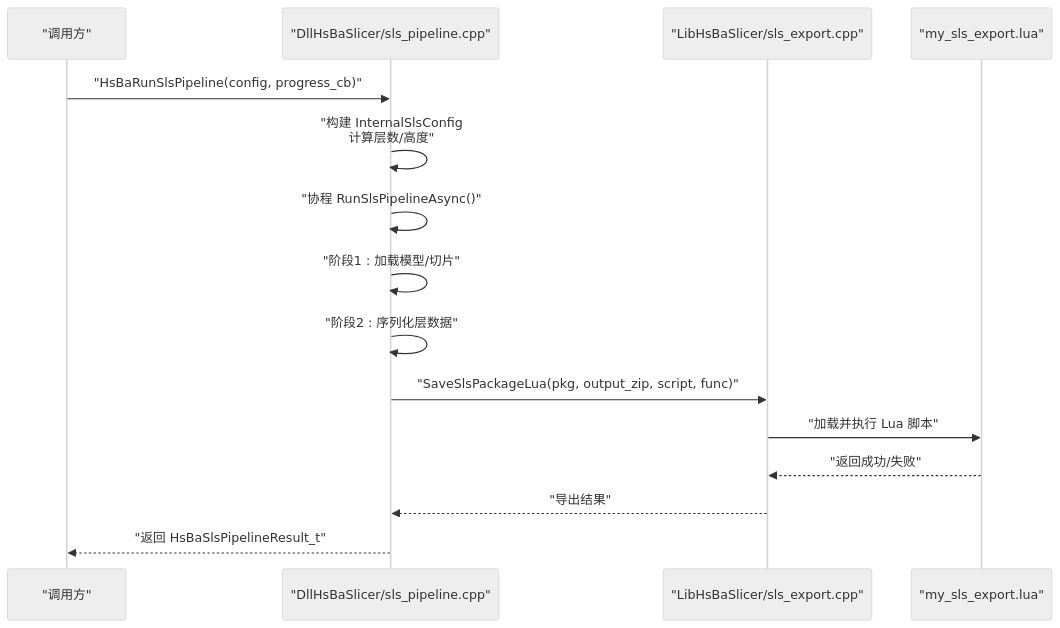
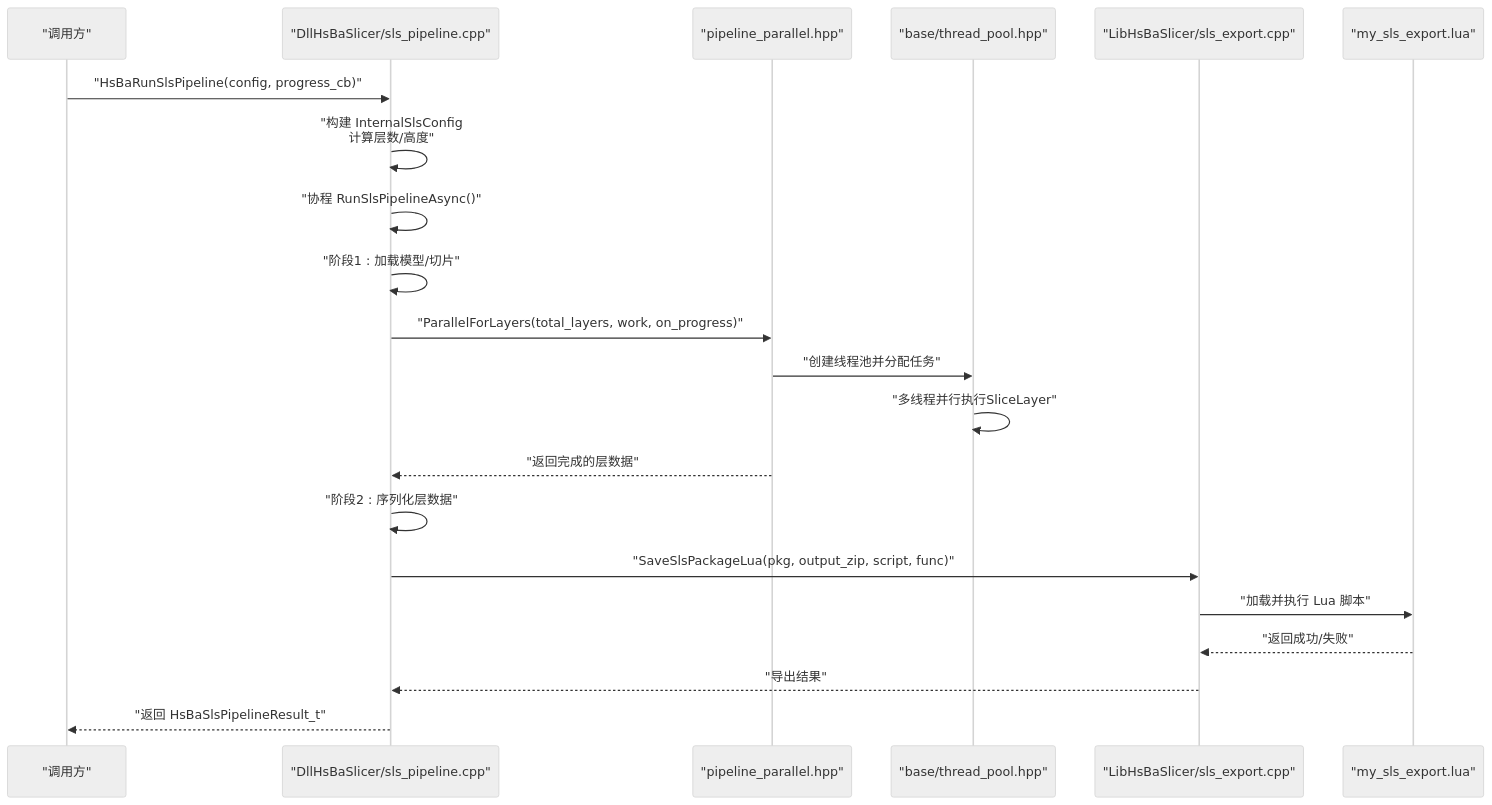
One commit to hsmbanlance/HsBaSlicer changed the second of 7 diagrams in .qoder/repowiki/zh/content/核心模块详解/SLS选择性激光烧结流水线.md. Above: the diagram before and after it, drawn with Mermaid (neutral theme). The commit also changed other lines of this file and 20 other files, not shown here.

````diff
--- a/.qoder/repowiki/zh/content/核心模块详解/SLS选择性激光烧结流水线.md
+++ b/.qoder/repowiki/zh/content/核心模块详解/SLS选择性激光烧结流水线.md
@@ -110,17 +123,23 @@
 ```mermaid
 sequenceDiagram
 participant App as "调用方"
 participant DLL as "DllHsBaSlicer/sls_pipeline.cpp"
+participant Parallel as "pipeline_parallel.hpp"
+participant ThreadPool as "base/thread_pool.hpp"
 participant Core as "LibHsBaSlicer/sls_export.cpp"
 participant Lua as "my_sls_export.lua"
 App->>DLL : "HsBaRunSlsPipeline(config, progress_cb)"
 DLL->>DLL : "构建 InternalSlsConfig<br/>计算层数/高度"
 DLL->>DLL : "协程 RunSlsPipelineAsync()"
 DLL->>DLL : "阶段1 : 加载模型/切片"
+DLL->>Parallel : "ParallelForLayers(total_layers, work, on_progress)"
+Parallel->>ThreadPool : "创建线程池并分配任务"
+ThreadPool->>ThreadPool : "多线程并行执行SliceLayer"
+Parallel-->>DLL : "返回完成的层数据"
 DLL->>DLL : "阶段2 : 序列化层数据"
 DLL->>Core : "SaveSlsPackageLua(pkg, output_zip, script, func)"
 Core->>Lua : "加载并执行 Lua 脚本"
 Lua-->>Core : "返回成功/失败"
 Core-->>DLL : "导出结果"
 DLL-->>App : "返回 HsBaSlsPipelineResult_t"
 ```
````
